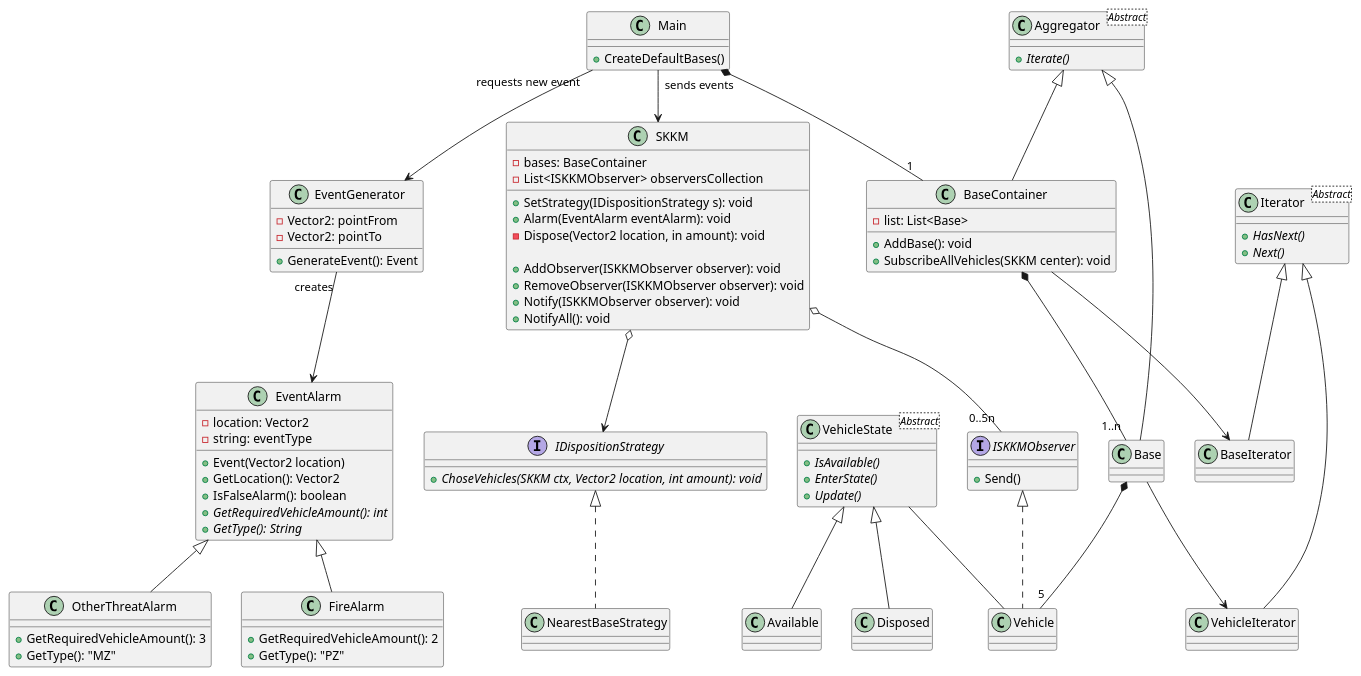
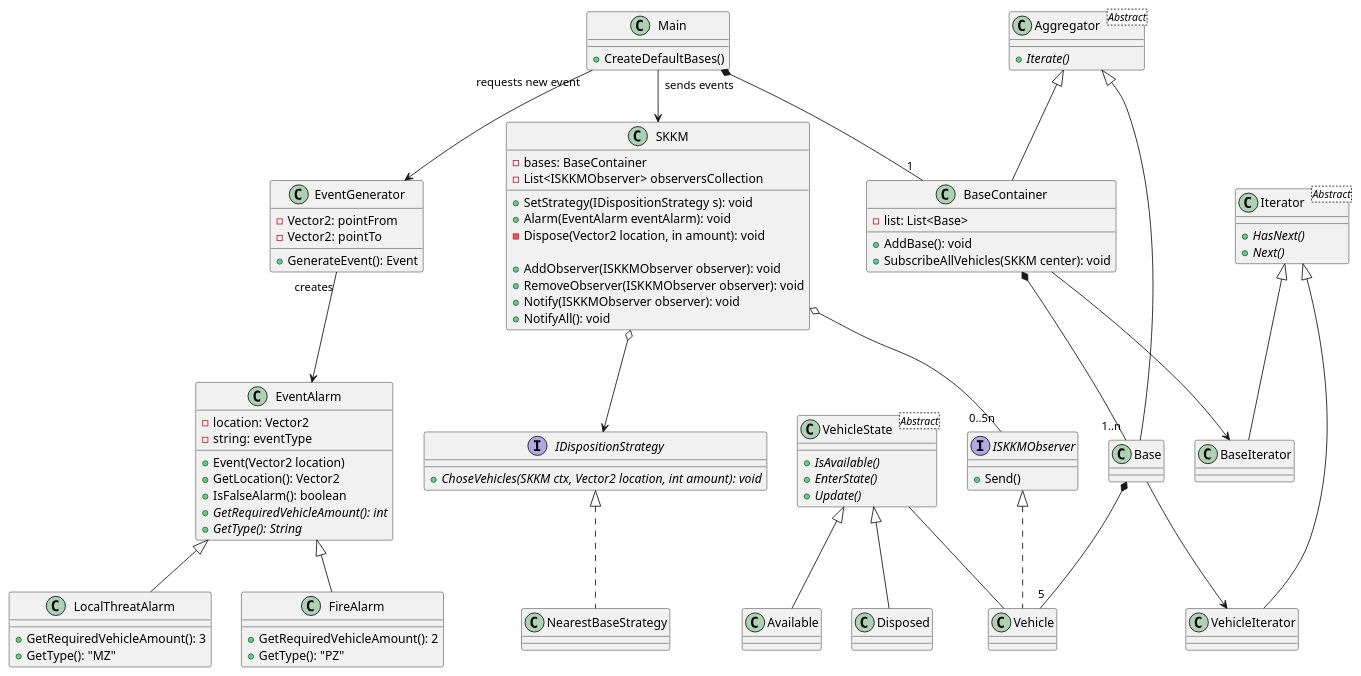
The diagram in src/uml.puml (CKTA00/TO_lab_5), drawn with PlantUML before and after one commit. The commit also changed 16 other files, not shown here.

```diff
--- a/src/uml.puml
+++ b/src/uml.puml
@@ -1,128 +1,128 @@
 @startuml
 
 class Main{
     +CreateDefaultBases()
 }
 
 class EventGenerator{
     -Vector2: pointFrom
     -Vector2: pointTo
     +GenerateEvent(): Event
 }
 
 class EventAlarm{
     -location: Vector2
     -string: eventType
     +Event(Vector2 location)
     +GetLocation(): Vector2
     +IsFalseAlarm(): boolean
     +<i>GetRequiredVehicleAmount(): int
     +<i>GetType(): String
 }
 
 
 class FireAlarm extends EventAlarm{
     +GetRequiredVehicleAmount(): 2
     +GetType(): "PZ"
 }
 
-class OtherThreatAlarm extends EventAlarm{
+class LocalThreatAlarm extends EventAlarm{
     +GetRequiredVehicleAmount(): 3
     +GetType(): "MZ"
 }
 
 interface ISKKMObserver
 {
     +Send()
 }
 
 
 class SKKM{
     -bases: BaseContainer
     -List<ISKKMObserver> observersCollection
     +SetStrategy(IDispositionStrategy s): void
     +Alarm(EventAlarm eventAlarm): void
     -Dispose(Vector2 location, in amount): void
 
     +AddObserver(ISKKMObserver observer): void
     +RemoveObserver(ISKKMObserver observer): void
     +Notify(ISKKMObserver observer): void
     +NotifyAll(): void
 }
 'Note right: bla bla
 
 class Iterator<Abstract>{
     +<i>HasNext()
     +<i>Next()
 }
 class Aggregator<Abstract>{
     +<i>Iterate()
 }
 
 class BaseContainer extends Aggregator
 {
     -list: List<Base>
     +AddBase(): void
     +SubscribeAllVehicles(SKKM center): void
 }
 
 class BaseIterator extends Iterator
 {
 
 }
 
 class Base extends Aggregator
 {
 
 }
 
 class VehicleIterator extends Iterator
 {
 
 }
 
 class Vehicle implements ISKKMObserver{
 
 }
 
 
 
 interface IDispositionStrategy{
     +<i>ChoseVehicles(SKKM ctx, Vector2 location, int amount): void
 }
 
 class NearestBaseStrategy implements IDispositionStrategy {
 }
 
 class VehicleState<Abstract>{
     +<i>IsAvailable()</i>
     +<i>EnterState()</i>
     +<i>Update()</i>
 }
 
 class Available extends VehicleState{
 }
 
 class Disposed extends VehicleState{
 }
 
 
 'Fire ..> "can transition" FalseAlarm
 'OtherEvent ..> "can transition" FalseAlarm
 EventGenerator "creates" --> EventAlarm
 Main "sends events"--> SKKM
 Main "requests new event"--> EventGenerator
 SKKM o-- "0..5n" ISKKMObserver
 SKKM o--> IDispositionStrategy
 Main *--"1" BaseContainer
 BaseContainer *--"1..n" Base
 Base *-- "5" Vehicle
 VehicleState -- Vehicle
 'Main ... NearestBaseStrategy
 
 Base --> VehicleIterator
 BaseContainer --> BaseIterator
 
 
 'note left of EventManager: Update is called every frame\nand is defined by Unity Engine\nin MonoBehaviour
 @enduml
```
